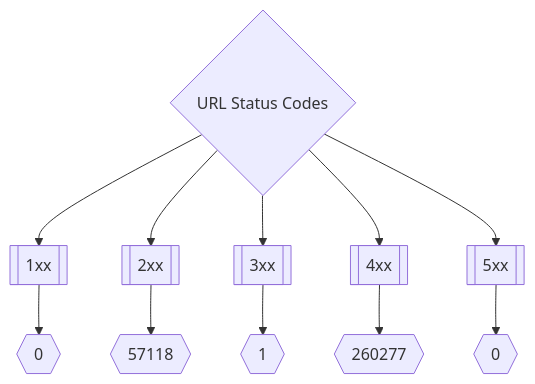
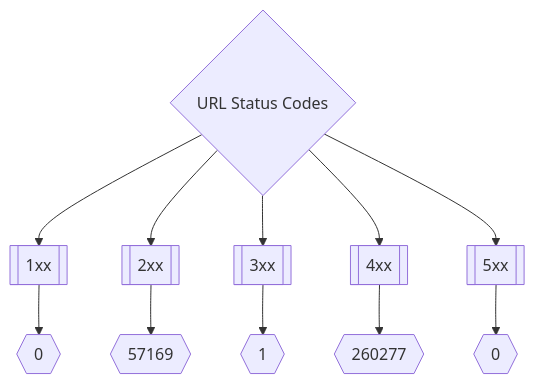
The second of 3 diagrams in README.md (trickest/inventory), drawn with Mermaid before and after one commit. The commit also changed other lines of this file and 11 other files, not shown here.

````diff
--- a/README.md
+++ b/README.md
@@ -173,8 +173,8 @@
 ```mermaid
 graph TD
 title{URL Status Codes} --> 1xx[[1xx]] --> status1xxNum{{0}}
-title --> 2xx[[2xx]] --> status2xxNum{{57118}}
+title --> 2xx[[2xx]] --> status2xxNum{{57169}}
 title --> 3xx[[3xx]] --> status3xxNum{{1}}
 title --> 4xx[[4xx]] --> status4xxNum{{260277}}
 title --> 5xx[[5xx]] --> status5xxNum{{0}}
 ```
````
